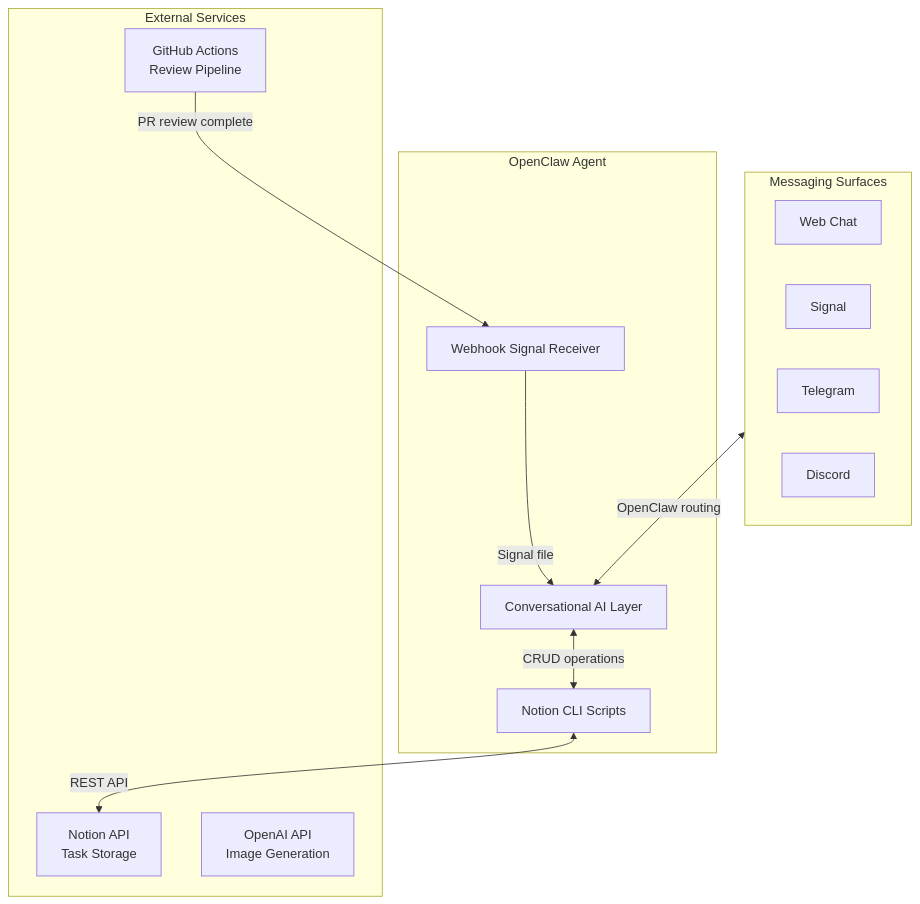
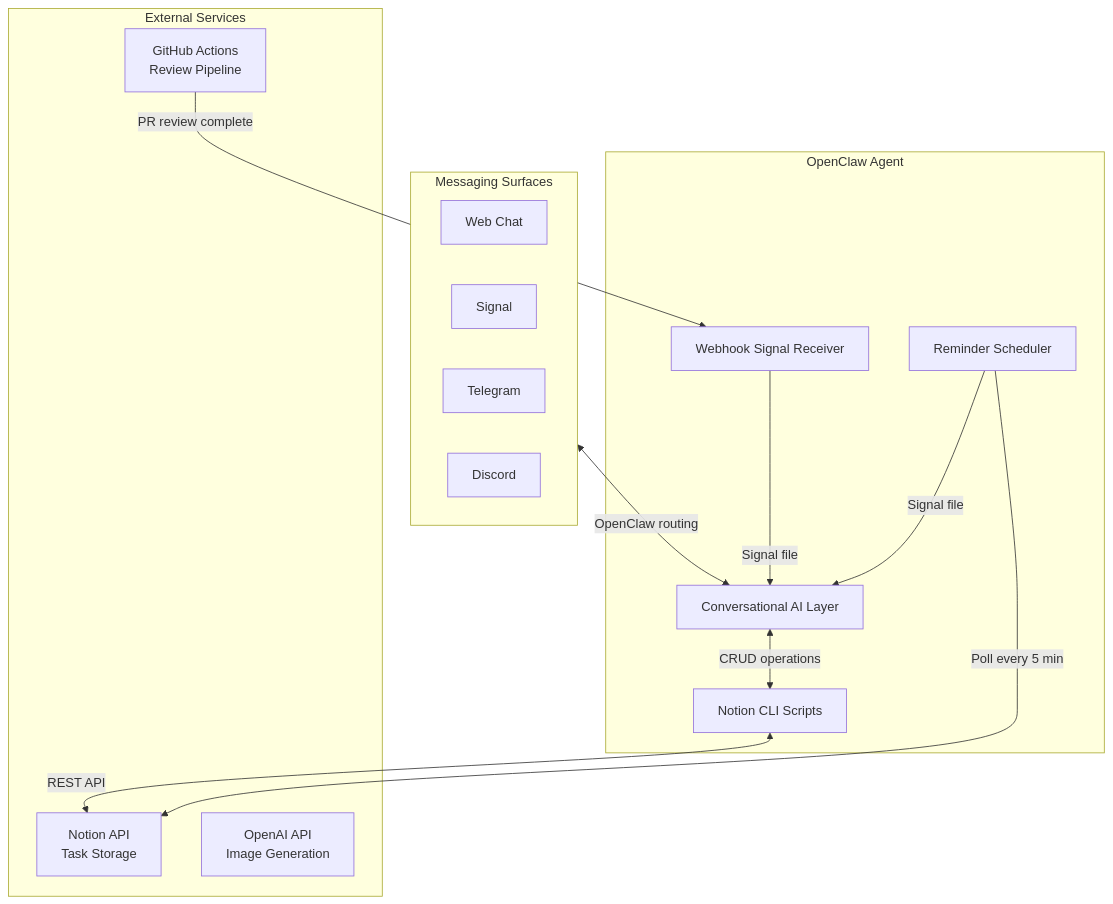
The first of 6 diagrams in docs/architecture.md (NickBorgersProbably/hide-my-list), drawn with Mermaid before and after one commit. The commit also changed other lines of this file and 7 other files, not shown here.

````diff
--- a/docs/architecture.md
+++ b/docs/architecture.md
@@ -14,27 +14,30 @@
 ```mermaid
 flowchart TB
     subgraph Agent["OpenClaw Agent"]
         AI[Conversational AI Layer]
         Scripts[Notion CLI Scripts]
         Webhook[Webhook Signal Receiver]
+        ReminderCheck[Reminder Scheduler]
     end
 
     subgraph Messaging["Messaging Surfaces"]
         Web[Web Chat]
         Signal[Signal]
         Telegram[Telegram]
         Discord[Discord]
     end
 
     subgraph External["External Services"]
         Notion[Notion API<br/>Task Storage]
         OpenAI[OpenAI API<br/>Image Generation]
         GitHub[GitHub Actions<br/>Review Pipeline]
     end
 
     Messaging <-->|OpenClaw routing| AI
     AI <-->|CRUD operations| Scripts
     Scripts <-->|REST API| Notion
     GitHub -->|PR review complete| Webhook
     Webhook -->|Signal file| AI
+    ReminderCheck -->|Poll every 5 min| Notion
+    ReminderCheck -->|Signal file| AI
 ```
````
